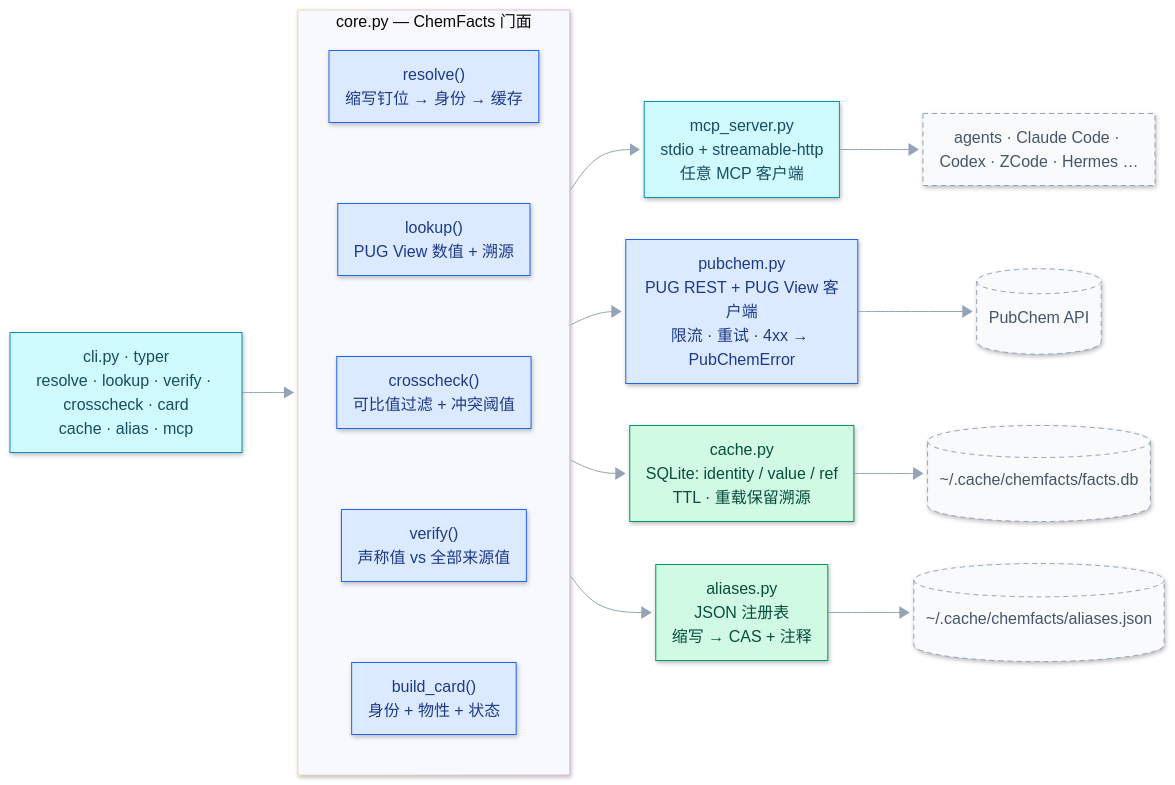
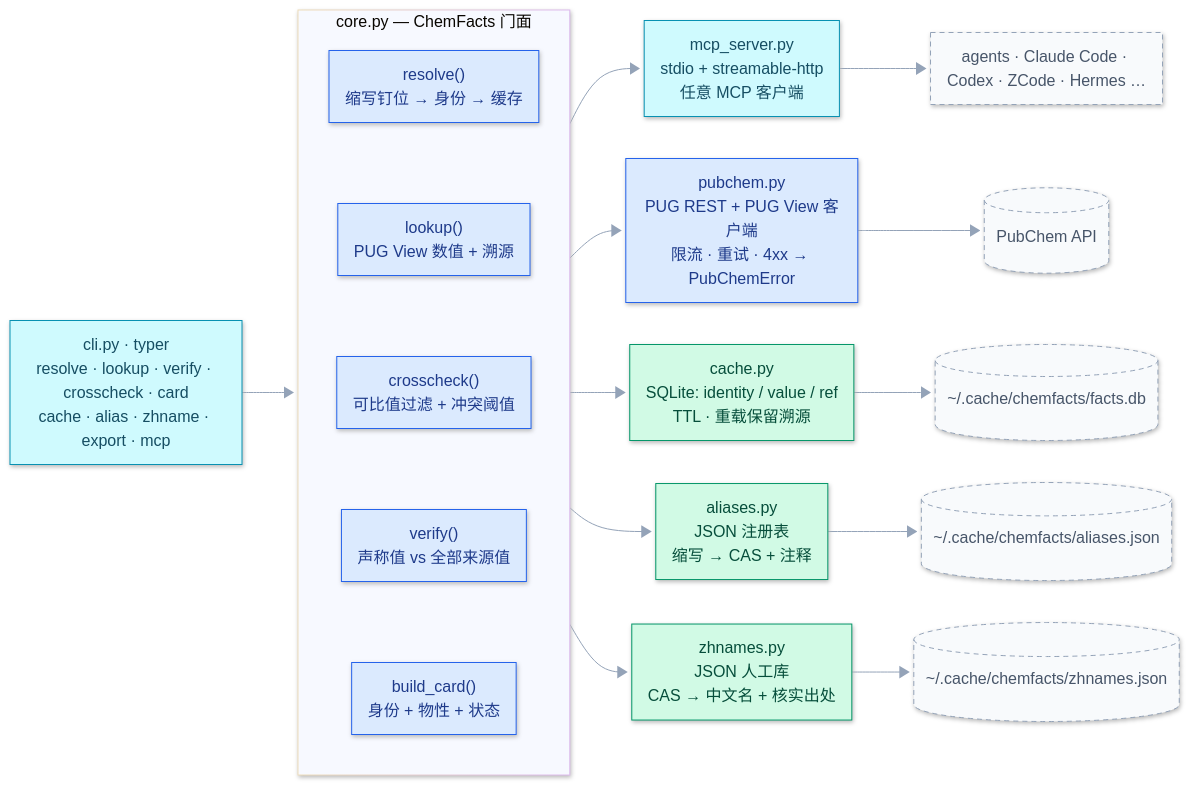
The fifth of 5 diagrams in README_zh.md (CL4Y68/chemfacts), drawn with Mermaid before and after one commit. The commit also changed other lines of this file and 2 other files, not shown here.

````diff
--- a/README_zh.md
+++ b/README_zh.md
@@ -193,38 +193,40 @@
 ```mermaid
 %%{init: {"look": "neo", "theme": "base", "themeVariables": {"lineColor": "#94a3b8", "primaryTextColor": "#0f172a", "edgeLabelBackground": "#ffffff"}, "flowchart": {"curve": "basis", "htmlLabels": true, "nodeSpacing": 42, "rankSpacing": 56, "padding": 10}} }%%
 flowchart LR
-    CLI["cli.py · typer<br/>resolve · lookup · verify · crosscheck · card<br/>cache · alias · mcp"]:::mcp
+    CLI["cli.py · typer<br/>resolve · lookup · verify · crosscheck · card<br/>cache · alias · zhname · export · mcp"]:::mcp
     subgraph CORE["core.py — ChemFacts 门面"]
         direction TB
         R["resolve()<br/>缩写钉位 → 身份 → 缓存"]:::proc
         L["lookup()<br/>PUG View 数值 + 溯源"]:::proc
         X["crosscheck()<br/>可比值过滤 + 冲突阈值"]:::proc
         V["verify()<br/>声称值 vs 全部来源值"]:::proc
         C["build_card()<br/>身份 + 物性 + 状态"]:::proc
 
         R ~~~ L
         L ~~~ X
         X ~~~ V
         V ~~~ C
     end
     CLI --> CORE
     M["mcp_server.py<br/>stdio + streamable-http<br/>任意 MCP 客户端"]:::mcp
     CORE --> M
     M --> AG["agents · Claude Code · Codex · ZCode · Hermes …"]:::ext
     CORE --> P["pubchem.py<br/>PUG REST + PUG View 客户端<br/>限流 · 重试 · 4xx → PubChemError"]:::proc
     CORE --> CA["cache.py<br/>SQLite: identity / value / ref<br/>TTL · 重载保留溯源"]:::store
     CORE --> AL["aliases.py<br/>JSON 注册表<br/>缩写 → CAS + 注释"]:::store
+    CORE --> ZH["zhnames.py<br/>JSON 人工库<br/>CAS → 中文名 + 核实出处"]:::store
     P --> PC[("PubChem API")]:::ext
     CA --> DB[("~/.cache/chemfacts/facts.db")]:::ext
     AL --> J[("~/.cache/chemfacts/aliases.json")]:::ext
+    ZH --> J2[("~/.cache/chemfacts/zhnames.json")]:::ext
     classDef io      fill:#e0e7ff,stroke:#4f46e5,stroke-width:2px,color:#312e81
     classDef proc    fill:#dbeafe,stroke:#2563eb,color:#1e3a8a
     classDef decide  fill:#fef3c7,stroke:#d97706,color:#78350f
     classDef store   fill:#d1fae5,stroke:#059669,color:#064e3b
     classDef ok      fill:#bbf7d0,stroke:#16a34a,stroke-width:2px,color:#14532d
     classDef warn    fill:#fecaca,stroke:#dc2626,stroke-width:2px,color:#7f1d1d
     classDef plain   fill:#e2e8f0,stroke:#64748b,color:#334155
     classDef card   fill:#ede9fe,stroke:#7c3aed,stroke-width:2px,color:#4c1d95
     classDef mcp    fill:#cffafe,stroke:#0891b2,color:#164e63
     classDef ext    fill:#f8fafc,stroke:#94a3b8,stroke-dasharray:5 4,color:#475569
 ```
````
